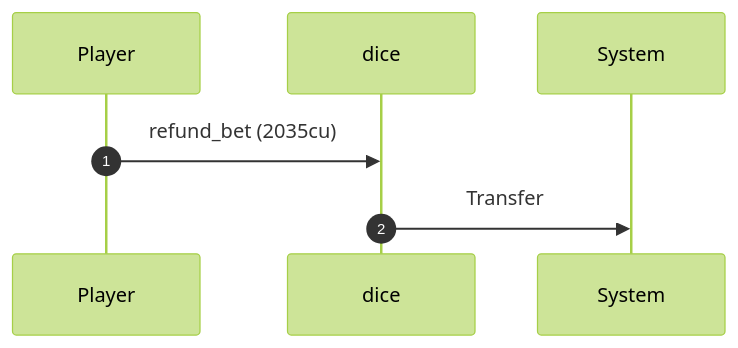
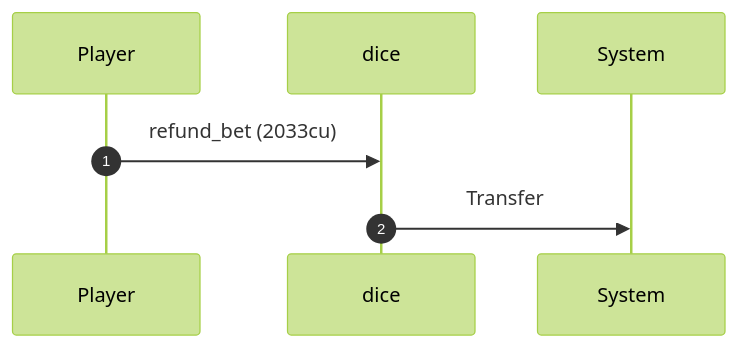
One commit to cds-turbin3/builder-05-no-fair-dice changed the first of 3 diagrams in dogfood/report/refund.md. Above: the diagram before and after it, drawn with Mermaid (forest theme). The commit also changed other lines of this file and 12 other files, not shown here.

````diff
--- a/dogfood/report/refund.md
+++ b/dogfood/report/refund.md
@@ -19,9 +19,9 @@
 ```mermaid
 sequenceDiagram
     autonumber
     participant Player
     participant dice
     participant System
-    Player ->> dice: refund_bet (2035cu)
+    Player ->> dice: refund_bet (2033cu)
     dice ->> System: Transfer
 ```
````
